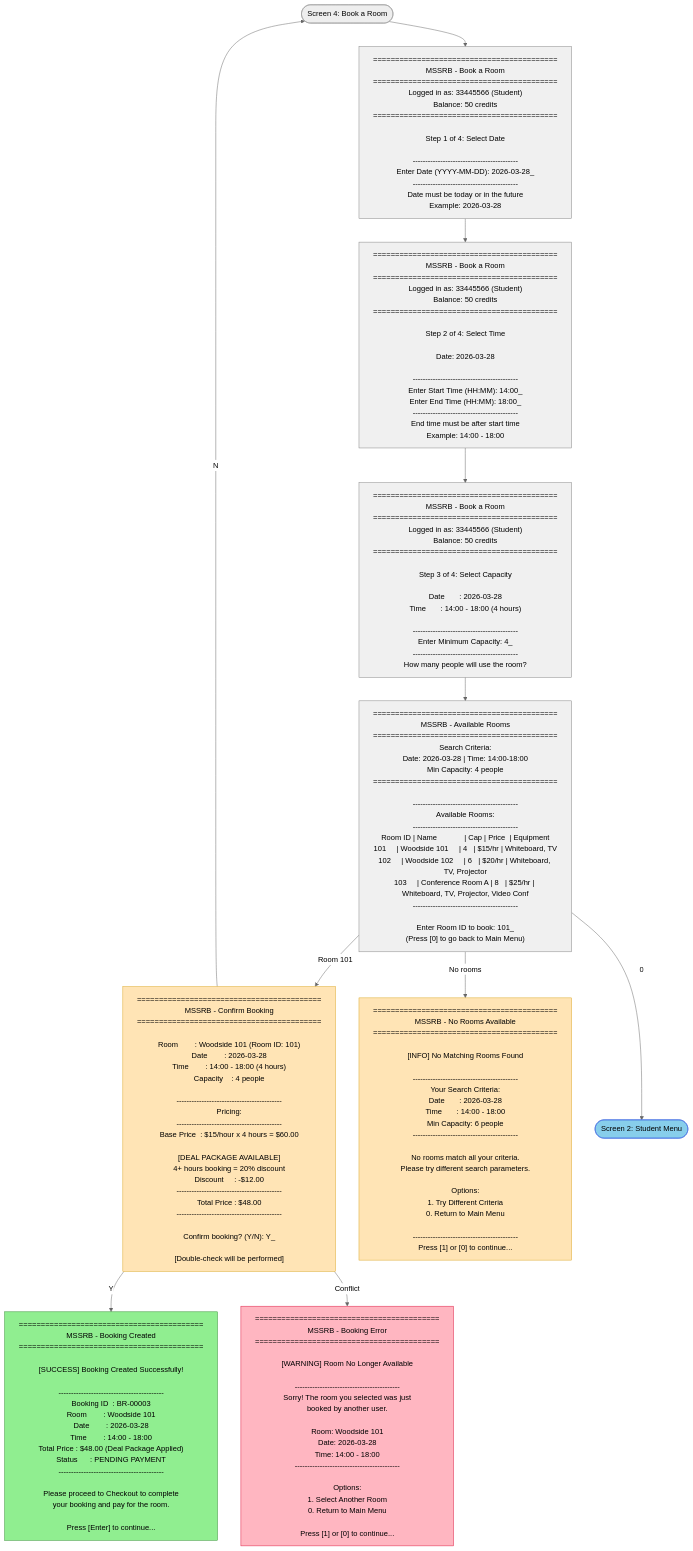
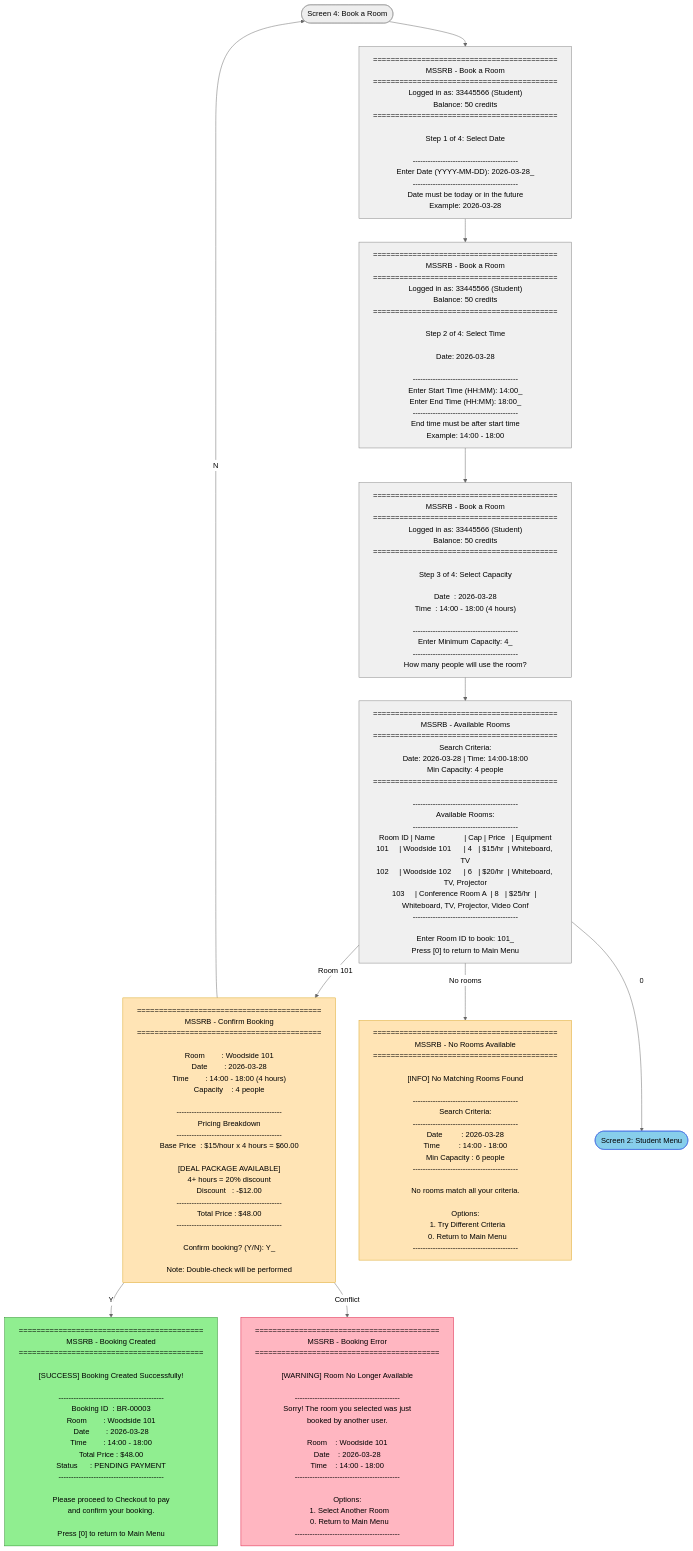
Before and after one commit to alii0110-monash/fit5136-study-room-booking: the diagram in mermaid/member_b/04_booking_flow.flowchart.mmd, drawn with Mermaid (neutral theme). The commit also changed 9 other files, not shown here.

First line of the commit message:
Standardize Mermaid flowchart format and navigation

```diff
--- a/mermaid/member_b/04_booking_flow.flowchart.mmd
+++ b/mermaid/member_b/04_booking_flow.flowchart.mmd
@@ -48,8 +48,8 @@
 
 Step 3 of 4: Select Capacity
 
-Date       : 2026-03-28
-Time       : 14:00 - 18:00 (4 hours)
+Date  : 2026-03-28
+Time  : 14:00 - 18:00 (4 hours)
 
 ------------------------------------------
 Enter Minimum Capacity: 4_
@@ -69,14 +69,14 @@
 ------------------------------------------
 Available Rooms:
 ------------------------------------------
-Room ID | Name             | Cap | Price  | Equipment
-101     | Woodside 101     | 4   | $15/hr | Whiteboard, TV
-102     | Woodside 102     | 6   | $20/hr | Whiteboard, TV, Projector
-103     | Conference Room A | 8   | $25/hr | Whiteboard, TV, Projector, Video Conf
+Room ID | Name              | Cap | Price   | Equipment
+101     | Woodside 101      | 4   | $15/hr  | Whiteboard, TV
+102     | Woodside 102      | 6   | $20/hr  | Whiteboard, TV, Projector
+103     | Conference Room A  | 8   | $25/hr  | Whiteboard, TV, Projector, Video Conf
 ------------------------------------------
 
 Enter Room ID to book: 101_
-(Press [0] to go back to Main Menu)
+Press [0] to return to Main Menu
     "]
 
     B5["
@@ -84,26 +84,26 @@
 MSSRB - Confirm Booking
 ==========================================
 
-Room        : Woodside 101 (Room ID: 101)
+Room        : Woodside 101
 Date        : 2026-03-28
 Time        : 14:00 - 18:00 (4 hours)
 Capacity    : 4 people
 
 ------------------------------------------
-Pricing:
+Pricing Breakdown
 ------------------------------------------
 Base Price  : $15/hour x 4 hours = $60.00
 
 [DEAL PACKAGE AVAILABLE]
-4+ hours booking = 20% discount
-Discount     : -$12.00
+4+ hours = 20% discount
+Discount   : -$12.00
 ------------------------------------------
 Total Price : $48.00
 ------------------------------------------
 
 Confirm booking? (Y/N): Y_
 
-[Double-check will be performed]
+Note: Double-check will be performed
     "]
 
     B6["
@@ -118,14 +118,14 @@
 Room        : Woodside 101
 Date        : 2026-03-28
 Time        : 14:00 - 18:00
-Total Price : $48.00 (Deal Package Applied)
+Total Price : $48.00
 Status      : PENDING PAYMENT
 ------------------------------------------
 
-Please proceed to Checkout to complete
-your booking and pay for the room.
+Please proceed to Checkout to pay
+and confirm your booking.
 
-Press [Enter] to continue...
+Press [0] to return to Main Menu
     "]
 
     B7["
@@ -139,16 +139,17 @@
 Sorry! The room you selected was just
 booked by another user.
 
-Room: Woodside 101
-Date: 2026-03-28
-Time: 14:00 - 18:00
+Room    : Woodside 101
+Date    : 2026-03-28
+Time    : 14:00 - 18:00
 ------------------------------------------
 
 Options:
-1. Select Another Room
-0. Return to Main Menu
+  1. Select Another Room
+  0. Return to Main Menu
+------------------------------------------
 
-Press [1] or [0] to continue...
+
     "]
 
     B8["
@@ -159,21 +160,21 @@
 [INFO] No Matching Rooms Found
 
 ------------------------------------------
-Your Search Criteria:
-Date       : 2026-03-28
-Time       : 14:00 - 18:00
-Min Capacity: 6 people
+Search Criteria:
+------------------------------------------
+Date         : 2026-03-28
+Time         : 14:00 - 18:00
+Min Capacity : 6 people
 ------------------------------------------
 
 No rooms match all your criteria.
-Please try different search parameters.
 
 Options:
-1. Try Different Criteria
-0. Return to Main Menu
+  1. Try Different Criteria
+  0. Return to Main Menu
+------------------------------------------
 
-------------------------------------------
-Press [1] or [0] to continue...
+
     "]
 
     STUDENT_MENU(["Screen 2: Student Menu"])
```
